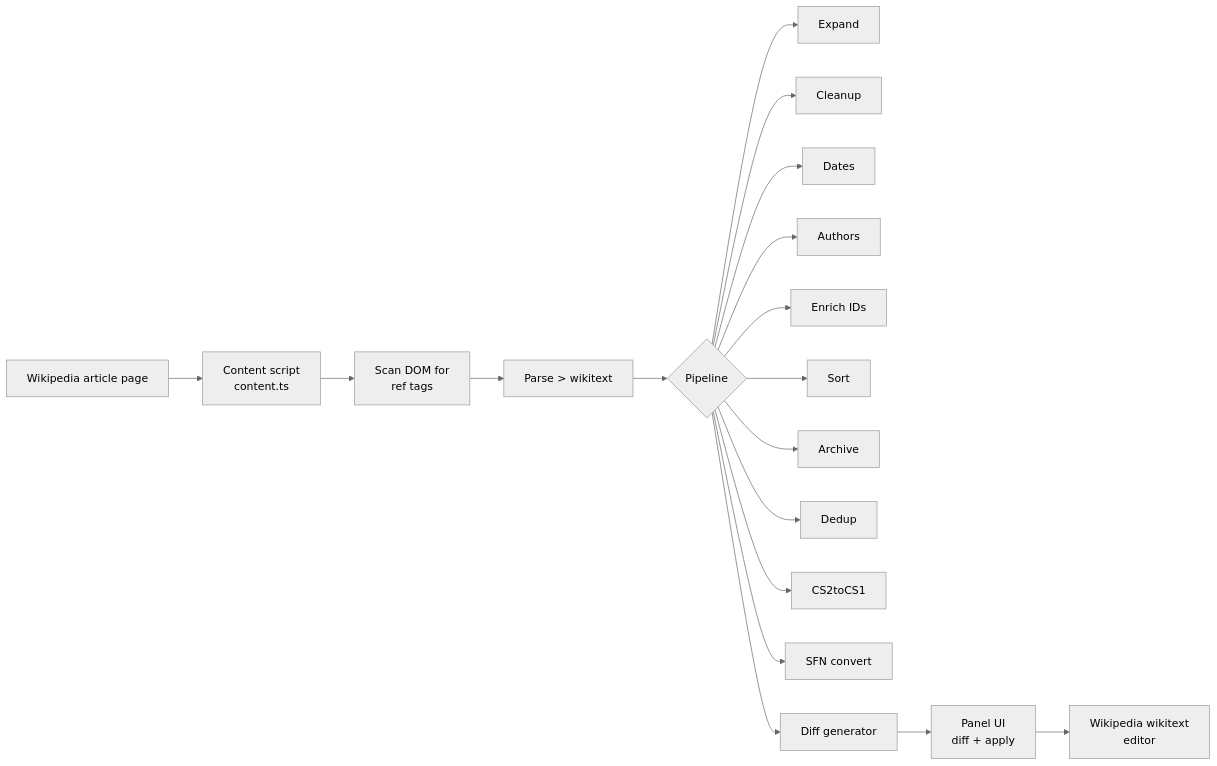
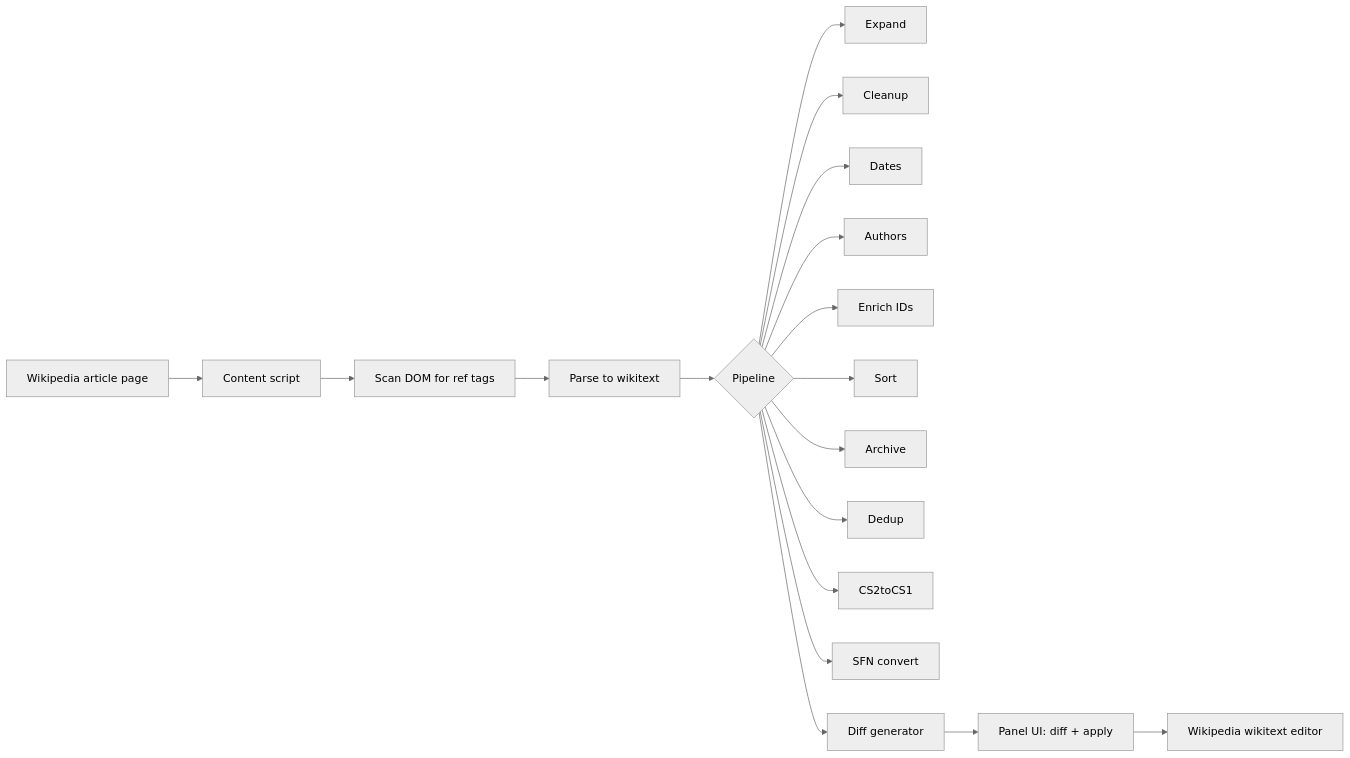
One commit to Wolren/WikiCitationExtension changed the first of 2 diagrams in README.md. Above: the diagram before and after it, drawn with Mermaid (neutral theme). The commit also changed other lines of this file, not shown here.

Commit message:
docs: align README with readme-authoring standards, fix mermaid flowchart to graph, add tech stack and limitations sections

````diff
--- a/README.md
+++ b/README.md
@@ -93,20 +23,20 @@
 ```mermaid
-flowchart LR
-    WP[Wikipedia article page] --> CS[Content script<br/>content.ts]
-    CS --> SCAN[Scan DOM for<br/>ref tags]
-    SCAN --> WIKI[Parse > wikitext]
+graph LR
+    WP[Wikipedia article page] --> CS[Content script]
+    CS --> SCAN[Scan DOM for ref tags]
+    SCAN --> WIKI[Parse to wikitext]
     WIKI --> PIPE{Pipeline}
     PIPE --> EXP[Expand]
     PIPE --> CLN[Cleanup]
     PIPE --> DTE[Dates]
     PIPE --> ATH[Authors]
     PIPE --> ENR[Enrich IDs]
     PIPE --> SRT[Sort]
     PIPE --> ARC[Archive]
     PIPE --> DED[Dedup]
     PIPE --> CS2[CS2toCS1]
     PIPE --> SFN[SFN convert]
     PIPE --> DIFF[Diff generator]
-    DIFF --> UI[Panel UI<br/>diff + apply]
-    UI --> EDITOR[Wikipedia wikitext<br/>editor]
+    DIFF --> UI[Panel UI: diff + apply]
+    UI --> EDITOR[Wikipedia wikitext editor]
 ```
````
